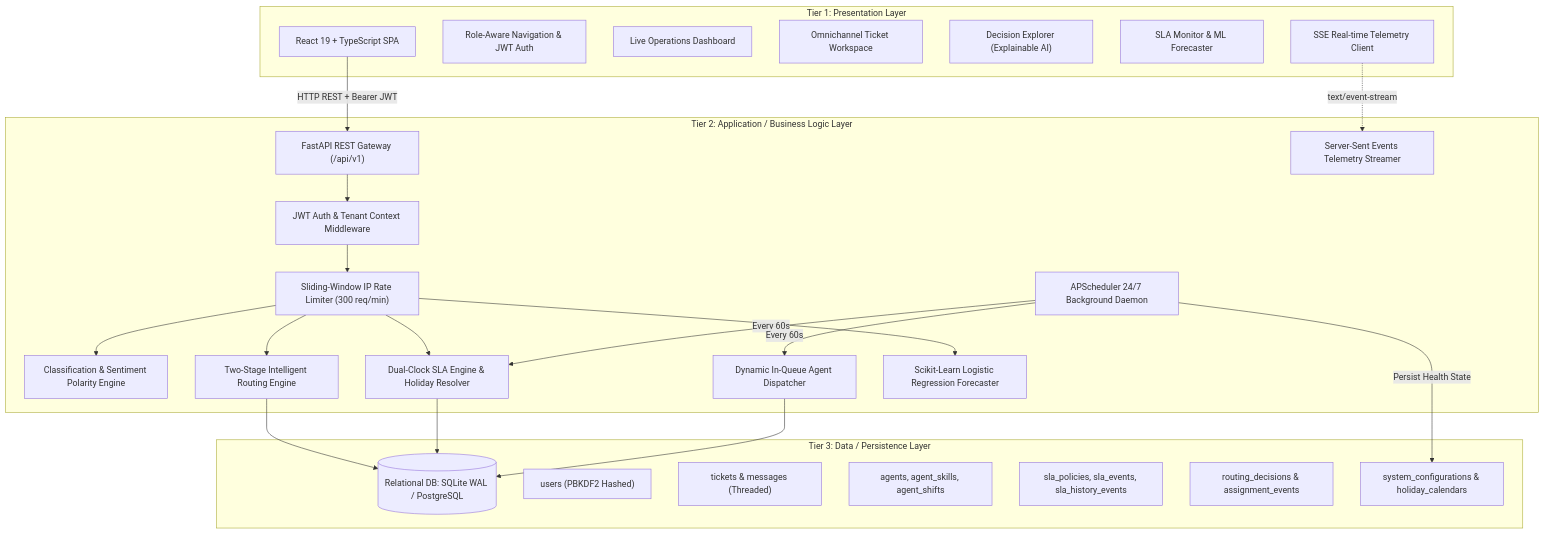
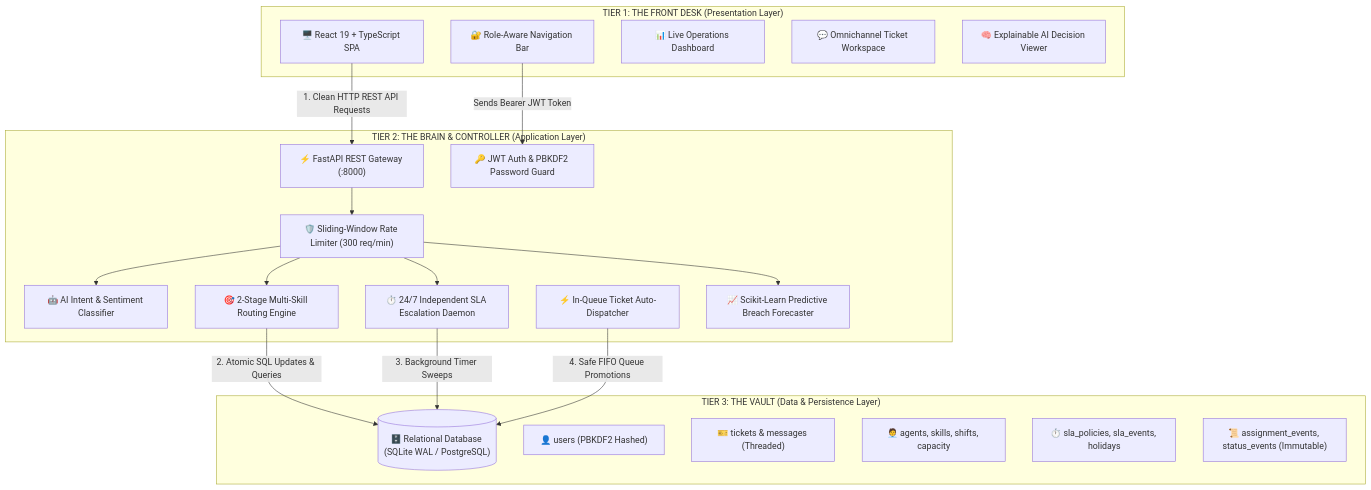
One commit to luffy-2601/YottaflexAI_Hackathon changed the first of 2 diagrams in README.md. Above: the diagram before and after it, drawn with Mermaid. The commit also changed other lines of this file, not shown here.

Commit message:
docs(readme): add rich visual flowcharts, 3-tier explanation, and plain-English guides

````diff
--- a/README.md
+++ b/README.md
@@ -29,50 +24,41 @@
 ```mermaid
 graph TD
-    subgraph "Tier 1: Presentation Layer"
-        UI["React 19 + TypeScript SPA"]
-        NAV["Role-Aware Navigation & JWT Auth"]
-        OPS["Live Operations Dashboard"]
-        TKT["Omnichannel Ticket Workspace"]
-        ROUT["Decision Explorer (Explainable AI)"]
-        SLA_UI["SLA Monitor & ML Forecaster"]
-        SSE_CLIENT["SSE Real-time Telemetry Client"]
+    subgraph "TIER 1: THE FRONT DESK (Presentation Layer)"
+        UI["🖥️ React 19 + TypeScript SPA"]
+        NAV["🔐 Role-Aware Navigation Bar"]
+        DASH["📊 Live Operations Dashboard"]
+        WORKSPACE["💬 Omnichannel Ticket Workspace"]
+        EXPLORER["🧠 Explainable AI Decision Viewer"]
     end
 
-    subgraph "Tier 2: Application / Business Logic Layer"
-        API["FastAPI REST Gateway (/api/v1)"]
-        AUTH_MW["JWT Auth & Tenant Context Middleware"]
-        RATE_LIM["Sliding-Window IP Rate Limiter (300 req/min)"]
-        CLASSIFIER["Classification & Sentiment Polarity Engine"]
-        ROUTER_ENG["Two-Stage Intelligent Routing Engine"]
-        DISPATCHER["Dynamic In-Queue Agent Dispatcher"]
-        SLA_ENGINE["Dual-Clock SLA Engine & Holiday Resolver"]
-        ML_MODEL["Scikit-Learn Logistic Regression Forecaster"]
-        BG_DAEMON["APScheduler 24/7 Background Daemon"]
-        SSE_STREAM["Server-Sent Events Telemetry Streamer"]
+    subgraph "TIER 2: THE BRAIN & CONTROLLER (Application Layer)"
+        API["⚡ FastAPI REST Gateway (:8000)"]
+        RATE["🛡️ Sliding-Window Rate Limiter (300 req/min)"]
+        AUTH["🔑 JWT Auth & PBKDF2 Password Guard"]
+        AI_INTENT["🤖 AI Intent & Sentiment Classifier"]
+        ROUTING["🎯 2-Stage Multi-Skill Routing Engine"]
+        DISPATCH["⚡ In-Queue Ticket Auto-Dispatcher"]
+        SLA_DAEMON["⏱️ 24/7 Independent SLA Escalation Daemon"]
+        ML_MODEL["📈 Scikit-Learn Predictive Breach Forecaster"]
     end
 
-    subgraph "Tier 3: Data / Persistence Layer"
-        DB[(Relational DB: SQLite WAL / PostgreSQL)]
-        USERS["users (PBKDF2 Hashed)"]
-        TICKETS_T["tickets & messages (Threaded)"]
-        AGENTS_T["agents, agent_skills, agent_shifts"]
-        SLA_T["sla_policies, sla_events, sla_history_events"]
-        DEC_T["routing_decisions & assignment_events"]
-        SYS_CFG["system_configurations & holiday_calendars"]
+    subgraph "TIER 3: THE VAULT (Data & Persistence Layer)"
+        DB[("🗄️ Relational Database (SQLite WAL / PostgreSQL)")]
+        T_USERS["👤 users (PBKDF2 Hashed)"]
+        T_TICKETS["🎫 tickets & messages (Threaded)"]
+        T_AGENTS["🧑‍💼 agents, skills, shifts, capacity"]
+        T_SLA["⏱️ sla_policies, sla_events, holidays"]
+        T_AUDIT["📜 assignment_events, status_events (Immutable)"]
     end
 
-    UI -->|HTTP REST + Bearer JWT| API
-    SSE_CLIENT -.->|text/event-stream| SSE_STREAM
-    API --> AUTH_MW
-    AUTH_MW --> RATE_LIM
-    RATE_LIM --> ROUTER_ENG
-    RATE_LIM --> SLA_ENGINE
-    RATE_LIM --> CLASSIFIER
-    RATE_LIM --> ML_MODEL
-    BG_DAEMON -->|Every 60s| SLA_ENGINE
-    BG_DAEMON -->|Every 60s| DISPATCHER
-    ROUTER_ENG --> DB
-    SLA_ENGINE --> DB
-    DISPATCHER --> DB
-    BG_DAEMON -->|Persist Health State| SYS_CFG
+    UI -->|1. Clean HTTP REST API Requests| API
+    NAV -->|Sends Bearer JWT Token| AUTH
+    API --> RATE
+    RATE --> ROUTING
+    RATE --> AI_INTENT
+    RATE --> SLA_DAEMON
+    RATE --> ML_MODEL
+    ROUTING -->|2. Atomic SQL Updates & Queries| DB
+    SLA_DAEMON -->|3. Background Timer Sweeps| DB
+    DISPATCH -->|4. Safe FIFO Queue Promotions| DB
 ```
````
